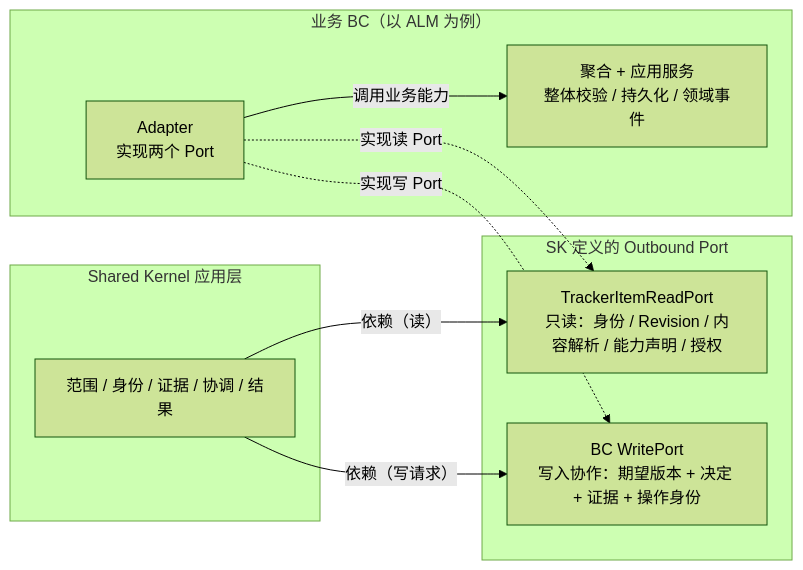
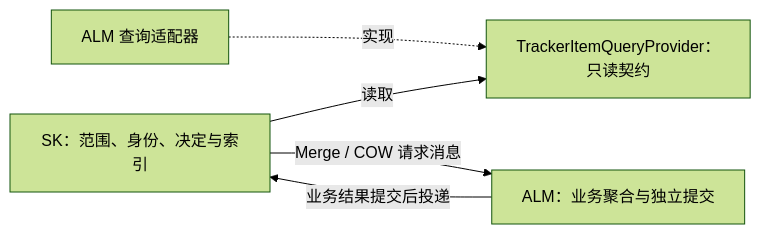
One commit to Greytrack/ddd-workingset changed the first of 5 diagrams in docs/working-set/diagrams/cross-bc-contract.md. Above: the diagram before and after it, drawn with Mermaid (forest theme). The commit also changed other lines of this file and 40 other files, not shown here.

````diff
--- a/docs/working-set/diagrams/cross-bc-contract.md
+++ b/docs/working-set/diagrams/cross-bc-contract.md
@@ -20,22 +18,11 @@
 ```mermaid
 flowchart LR
-    subgraph SKAPP["Shared Kernel 应用层"]
-        SK["范围 / 身份 / 证据 / 协调 / 结果"]
-    end
-
-    subgraph PORTS["SK 定义的 Outbound Port"]
-        RP["TrackerItemReadPort<br/>只读：身份 / Revision / 内容解析 / 能力声明 / 授权"]
-        WP["BC WritePort<br/>写入协作：期望版本 + 决定 + 证据 + 操作身份"]
-    end
-
-    subgraph BCI["业务 BC（以 ALM 为例）"]
-        ADP["Adapter<br/>实现两个 Port"]
-        AGG["聚合 + 应用服务<br/>整体校验 / 持久化 / 领域事件"]
-    end
-
-    SK -->|"依赖（读）"| RP
-    SK -->|"依赖（写请求）"| WP
-    ADP -.->|"实现读 Port"| RP
-    ADP -.->|"实现写 Port"| WP
-    ADP -->|"调用业务能力"| AGG
+    SK["SK：范围、身份、决定与索引"]
+    RP["TrackerItemQueryProvider：只读契约"]
+    ADP["ALM 查询适配器"]
+    BC["ALM：业务聚合与独立提交"]
+    SK -->|"读取"| RP
+    ADP -.->|"实现"| RP
+    SK -->|"Merge / COW 请求消息"| BC
+    BC -->|"业务结果提交后投递"| SK
 ```
````
